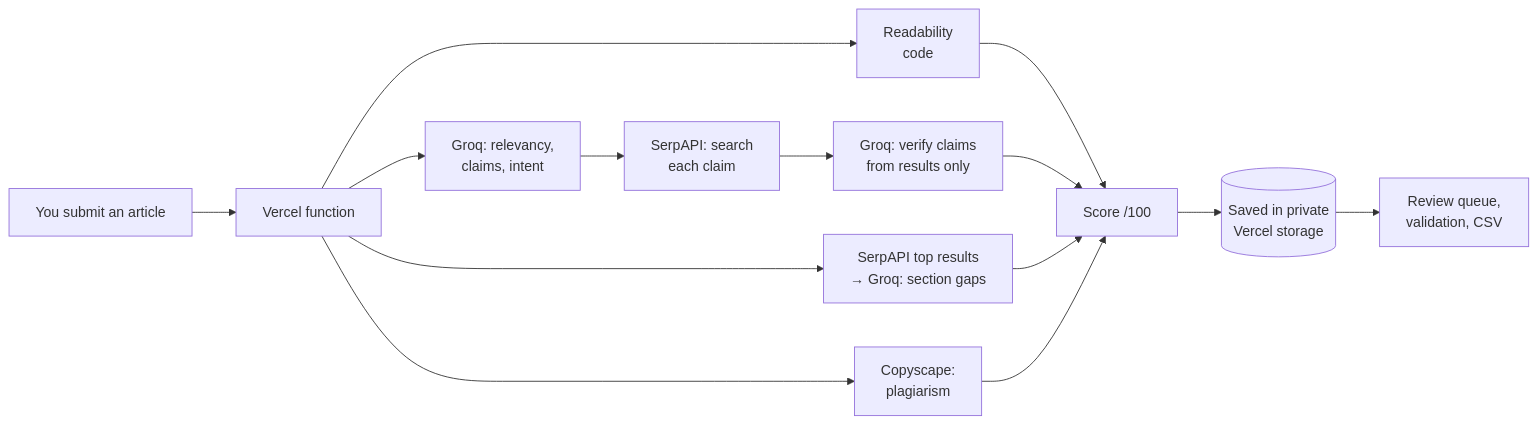
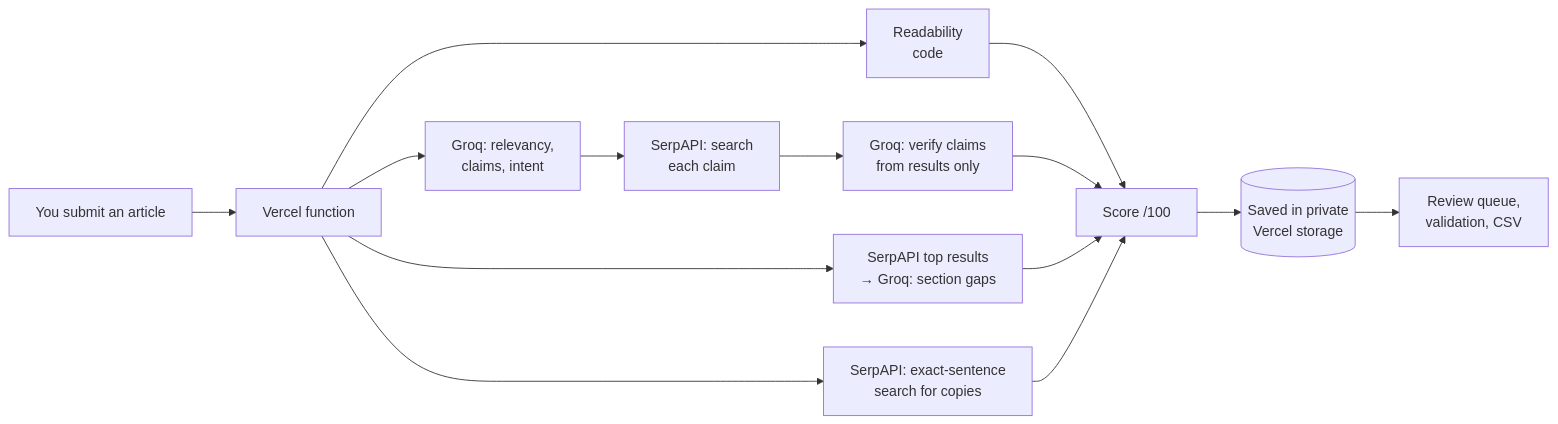
Before and after one commit to Ak9312/project_26oct2: the diagram in README.md, drawn with Mermaid. The commit also changed other lines of this file and 12 other files, not shown here.

First line of the commit message:
Free plagiarism check through SerpAPI; Copyscape now optional

````diff
--- a/README.md
+++ b/README.md
@@ -7,13 +7,13 @@
 ```mermaid
 flowchart LR
   A[You submit an article] --> B[Vercel function]
   B --> C[Readability<br/>code]
   B --> D[Groq: relevancy,<br/>claims, intent]
   D --> E[SerpAPI: search<br/>each claim]
   E --> F[Groq: verify claims<br/>from results only]
   B --> G[SerpAPI top results<br/>→ Groq: section gaps]
-  B --> H[Copyscape:<br/>plagiarism]
+  B --> H[SerpAPI: exact-sentence<br/>search for copies]
   C & F & G & H --> I[Score /100]
   I --> J[(Saved in private<br/>Vercel storage)]
   J --> K[Review queue,<br/>validation, CSV]
 ```
````
